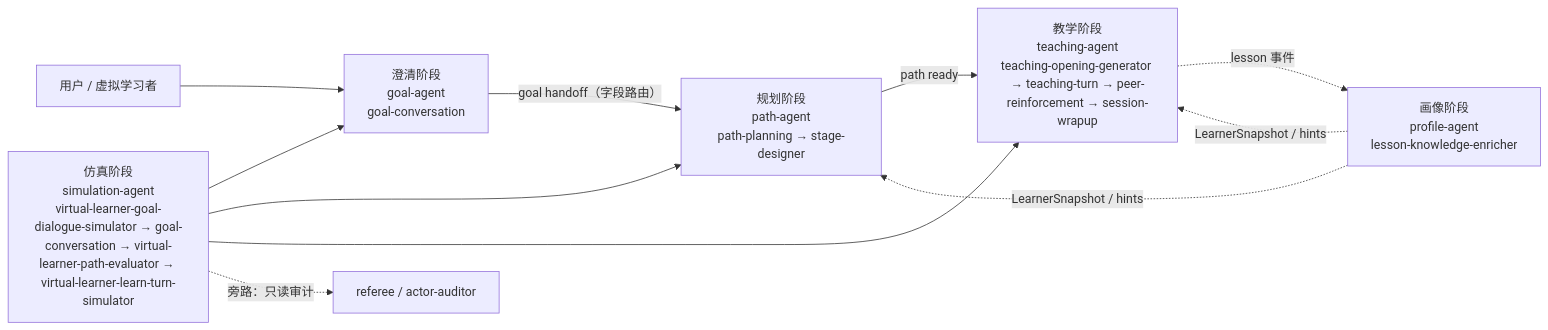
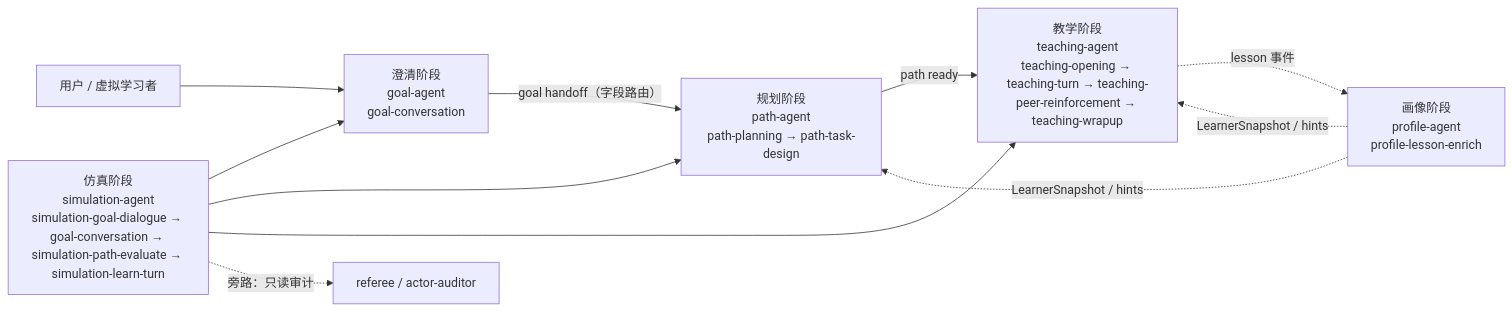
The diagram in doc/PIPELINE_MAP.md (wenflow-org/wenflow), drawn with Mermaid before and after one commit. The commit also changed other lines of this file and 732 other files, not shown here.

````diff
--- a/doc/PIPELINE_MAP.md
+++ b/doc/PIPELINE_MAP.md
@@ -20,13 +20,13 @@
 ```mermaid
 flowchart LR
   U[用户 / 虚拟学习者] --> G["澄清阶段<br/>goal-agent<br/>goal-conversation"]
-  G -->|"goal handoff（字段路由）"| P["规划阶段<br/>path-agent<br/>path-planning → stage-designer"]
-  P -->|"path ready"| T["教学阶段<br/>teaching-agent<br/>teaching-opening-generator → teaching-turn → peer-reinforcement → session-wrapup"]
-  T -.->|"lesson 事件"| F["画像阶段<br/>profile-agent<br/>lesson-knowledge-enricher"]
+  G -->|"goal handoff（字段路由）"| P["规划阶段<br/>path-agent<br/>path-planning → path-task-design"]
+  P -->|"path ready"| T["教学阶段<br/>teaching-agent<br/>teaching-opening → teaching-turn → teaching-peer-reinforcement → teaching-wrapup"]
+  T -.->|"lesson 事件"| F["画像阶段<br/>profile-agent<br/>profile-lesson-enrich"]
   F -.->|"LearnerSnapshot / hints"| P
   F -.->|"LearnerSnapshot / hints"| T
-  S["仿真阶段<br/>simulation-agent<br/>virtual-learner-goal-dialogue-simulator → goal-conversation → virtual-learner-path-evaluator → virtual-learner-learn-turn-simulator"] --> G
+  S["仿真阶段<br/>simulation-agent<br/>simulation-goal-dialogue → goal-conversation → simulation-path-evaluate → simulation-learn-turn"] --> G
   S --> P
   S --> T
   S -.->|"旁路：只读审计"| R["referee / actor-auditor"]
 ```
````
